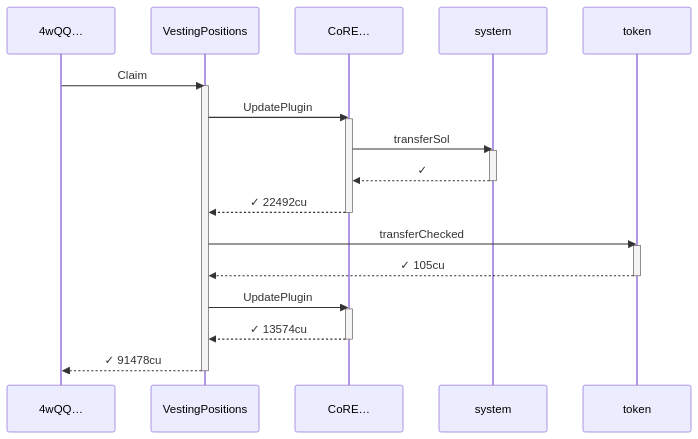
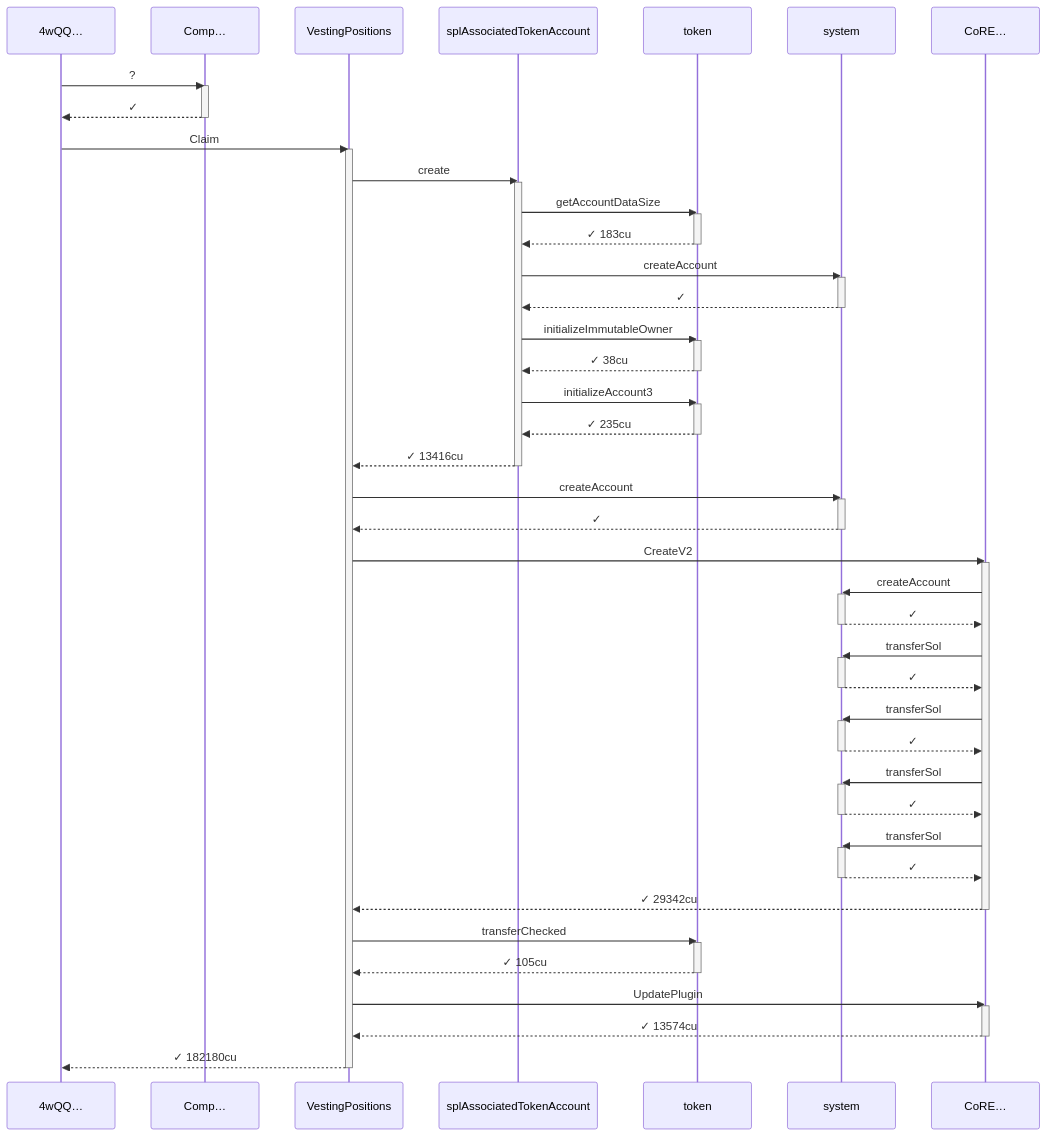
The first of 3 diagrams in babelfish-tests/test-report/at_end_releases_full_allocation.md (cds-turbin3/vesting-position), drawn with Mermaid before and after one commit. The commit also changed other lines of this file and 50 other files, not shown here.

````diff
--- a/babelfish-tests/test-report/at_end_releases_full_allocation.md
+++ b/babelfish-tests/test-report/at_end_releases_full_allocation.md
@@ -5,28 +5,74 @@
 ```mermaid
 sequenceDiagram
     participant p0 as 4wQQ…
-    participant p1 as VestingPositions
-    participant p2 as CoRE…
-    participant p3 as system
+    participant p1 as Comp…
+    participant p2 as VestingPositions
+    participant p3 as splAssociatedTokenAccount
     participant p4 as token
-    p0->>p1: Claim
+    participant p5 as system
+    participant p6 as CoRE…
+    p0->>p1: ?
     activate p1
-    p1->>p2: UpdatePlugin
+    p1-->>p0: ✓
+    deactivate p1
+    p0->>p2: Claim
     activate p2
-    p2->>p3: transferSol
+    p2->>p3: create
     activate p3
-    p3-->>p2: ✓
+    p3->>p4: getAccountDataSize
+    activate p4
+    p4-->>p3: ✓ 183cu
+    deactivate p4
+    p3->>p5: createAccount
+    activate p5
+    p5-->>p3: ✓
+    deactivate p5
+    p3->>p4: initializeImmutableOwner
+    activate p4
+    p4-->>p3: ✓ 38cu
+    deactivate p4
+    p3->>p4: initializeAccount3
+    activate p4
+    p4-->>p3: ✓ 235cu
+    deactivate p4
+    p3-->>p2: ✓ 13416cu
     deactivate p3
-    p2-->>p1: ✓ 22492cu
+    p2->>p5: createAccount
+    activate p5
+    p5-->>p2: ✓
+    deactivate p5
+    p2->>p6: CreateV2
+    activate p6
+    p6->>p5: createAccount
+    activate p5
+    p5-->>p6: ✓
+    deactivate p5
+    p6->>p5: transferSol
+    activate p5
+    p5-->>p6: ✓
+    deactivate p5
+    p6->>p5: transferSol
+    activate p5
+    p5-->>p6: ✓
+    deactivate p5
+    p6->>p5: transferSol
+    activate p5
+    p5-->>p6: ✓
+    deactivate p5
+    p6->>p5: transferSol
+    activate p5
+    p5-->>p6: ✓
+    deactivate p5
+    p6-->>p2: ✓ 29342cu
+    deactivate p6
+    p2->>p4: transferChecked
+    activate p4
+    p4-->>p2: ✓ 105cu
+    deactivate p4
+    p2->>p6: UpdatePlugin
+    activate p6
+    p6-->>p2: ✓ 13574cu
+    deactivate p6
+    p2-->>p0: ✓ 182180cu
     deactivate p2
-    p1->>p4: transferChecked
-    activate p4
-    p4-->>p1: ✓ 105cu
-    deactivate p4
-    p1->>p2: UpdatePlugin
-    activate p2
-    p2-->>p1: ✓ 13574cu
-    deactivate p2
-    p1-->>p0: ✓ 91478cu
-    deactivate p1
 ```
````
